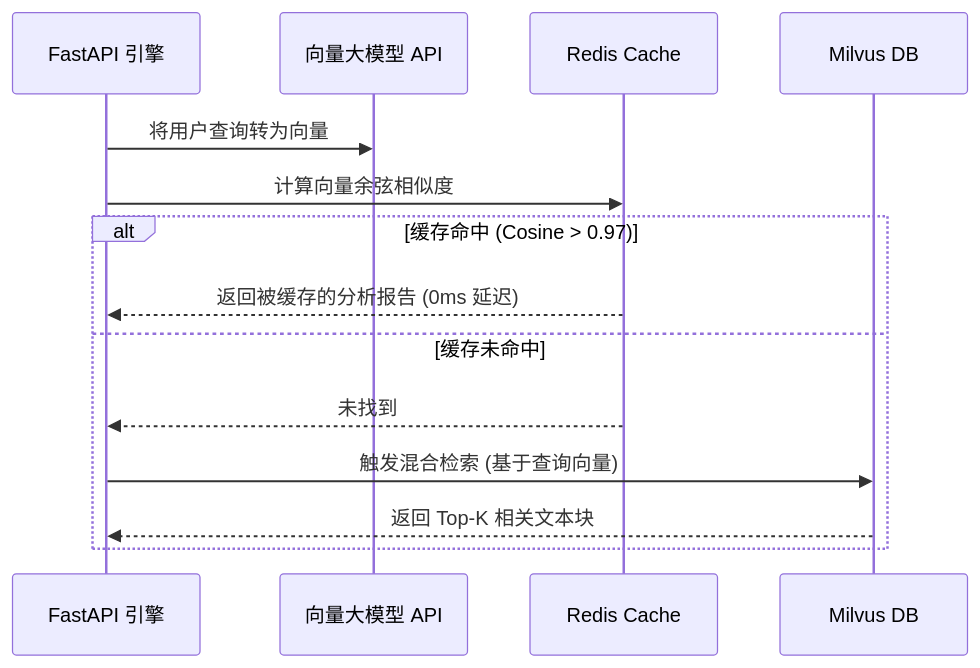
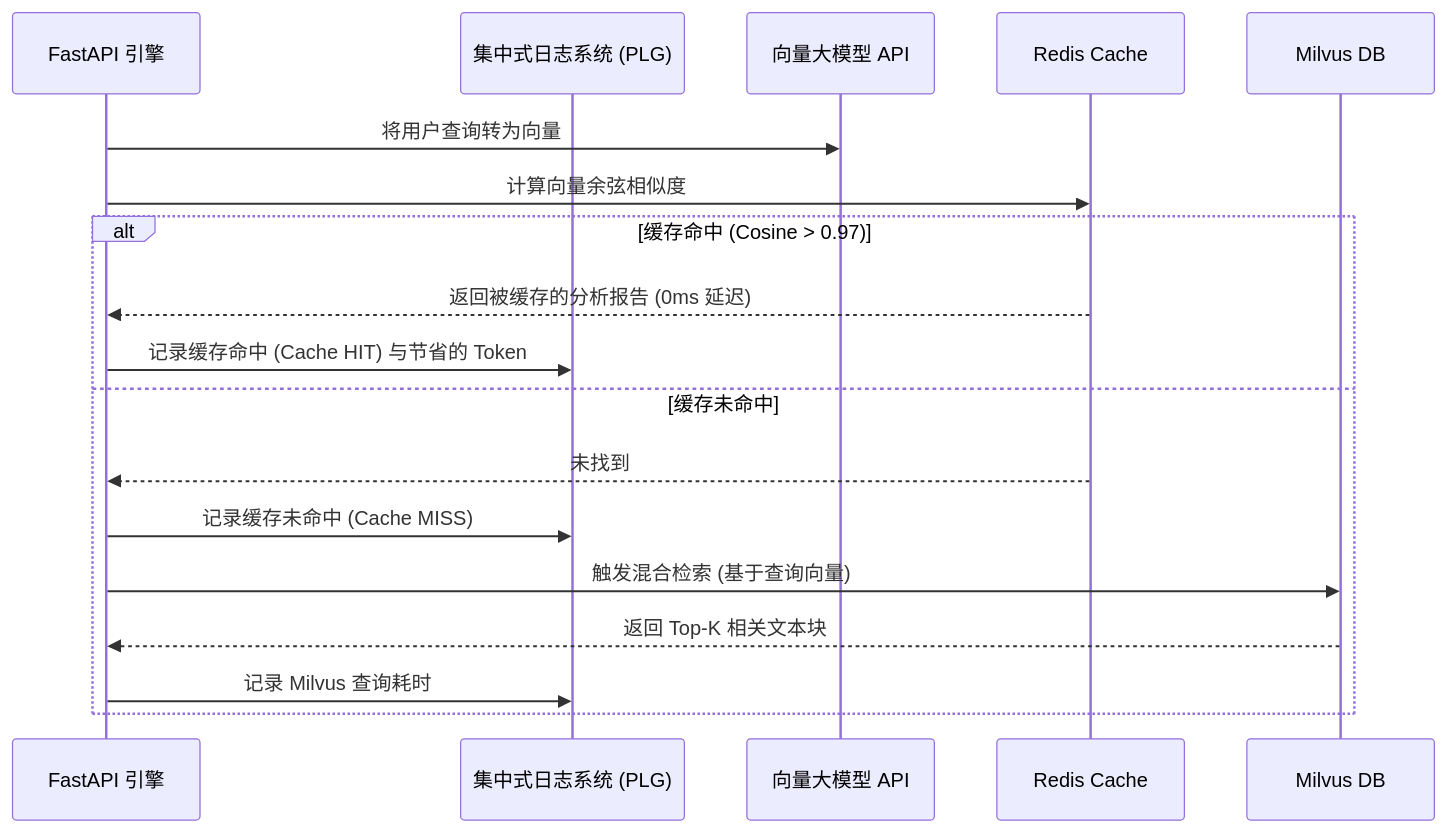
The third of 5 diagrams in README_zh.md (joe-ging/AI_Stock_Analyst_Enterprise), drawn with Mermaid before and after one commit. The commit also changed other lines of this file and 8 other files, not shown here.

Commit message:
docs: comprehensive update to logging architecture and READMEs

````diff
--- a/README_zh.md
+++ b/README_zh.md
@@ -117,17 +124,21 @@
 ```mermaid
 sequenceDiagram
     participant Engine as FastAPI 引擎
+    participant Log as 集中式日志系统 (PLG)
     participant AI as 向量大模型 API
     participant Redis as Redis Cache
     participant Milvus as Milvus DB
     
     Engine->>AI: 将用户查询转为向量
     Engine->>Redis: 计算向量余弦相似度
     alt 缓存命中 (Cosine > 0.97)
         Redis-->>Engine: 返回被缓存的分析报告 (0ms 延迟)
+        Engine->>Log: 记录缓存命中 (Cache HIT) 与节省的 Token
     else 缓存未命中
         Redis-->>Engine: 未找到
+        Engine->>Log: 记录缓存未命中 (Cache MISS)
         Engine->>Milvus: 触发混合检索 (基于查询向量)
         Milvus-->>Engine: 返回 Top-K 相关文本块
+        Engine->>Log: 记录 Milvus 查询耗时
     end
 ```
````
